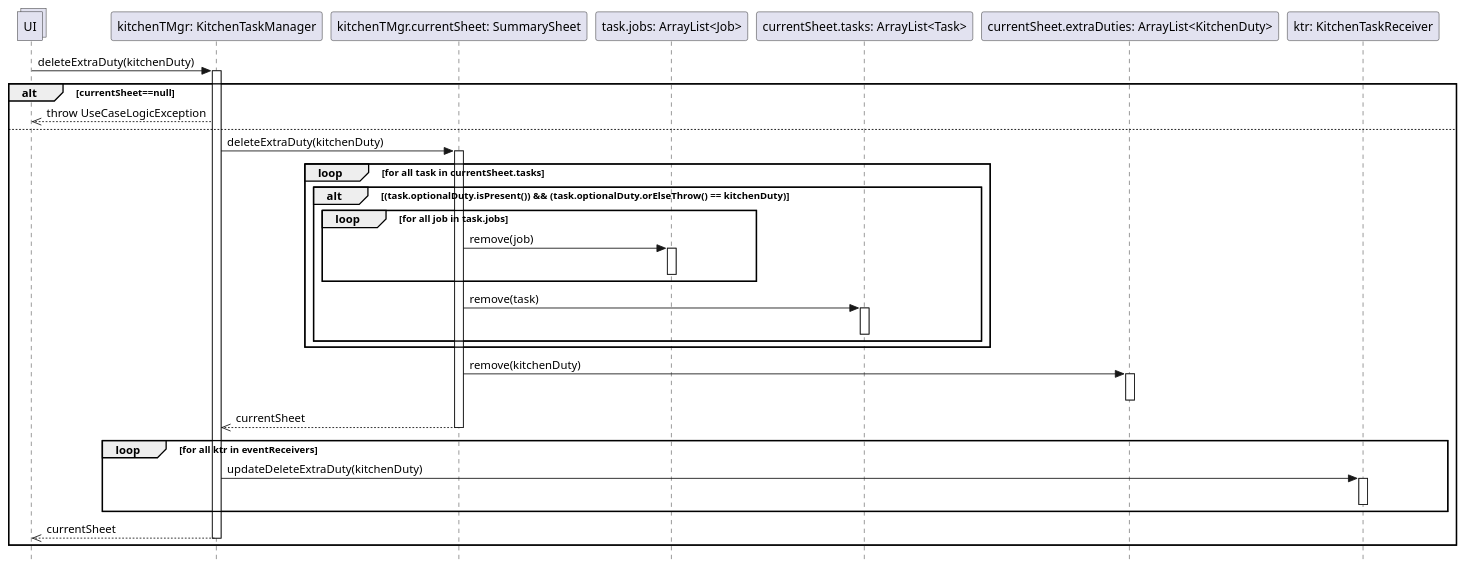
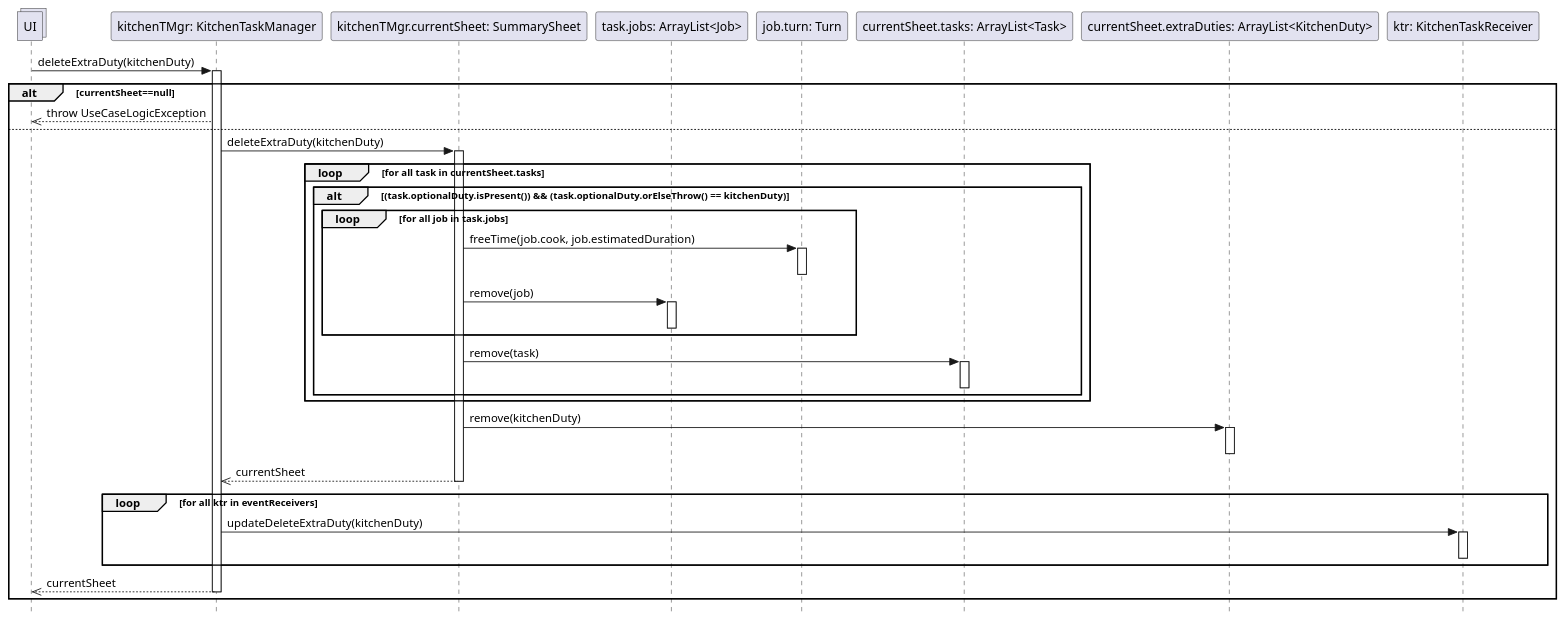
One commit to stefa168/sas-project changed the diagram in DSD Operazione 2a.1.puml. Above: the diagram before and after it, drawn with PlantUML.

Commit message:
Ora l'operazione libera il tempo della mansione fuori menù che viene rimossa

```diff
--- a/DSD Operazione 2a.1.puml
+++ b/DSD Operazione 2a.1.puml
@@ -1,56 +1,62 @@
 @startuml Operazione 2a.1
 skinparam Style strictuml
 
 collections UI
 
 participant "kitchenTMgr: KitchenTaskManager" as ktm
 UI -> ktm: deleteExtraDuty(kitchenDuty)
 activate ktm
 
 alt currentSheet==null
     UI <<-- ktm: throw UseCaseLogicException
 else
     participant "kitchenTMgr.currentSheet: SummarySheet" as ss
     ktm -> ss: deleteExtraDuty(kitchenDuty)
     activate ss
 
     loop for all task in currentSheet.tasks
         alt (task.optionalDuty.isPresent()) && (task.optionalDuty.orElseThrow() == kitchenDuty)
             loop for all job in task.jobs
                 participant "task.jobs: ArrayList<Job>" as j
+                participant "job.turn: Turn" as jobTurn
+
+                ss -> jobTurn: freeTime(job.cook, job.estimatedDuration)
+                activate jobTurn
+                deactivate jobTurn
+
                 ss -> j: remove(job)
                 activate j
                 deactivate j
             end
 
             participant "currentSheet.tasks: ArrayList<Task>" as tasks
             ss -> tasks: remove(task)
             activate tasks
             deactivate tasks
         end
     end
     
     participant "currentSheet.extraDuties: ArrayList<KitchenDuty>" as kdList
     ss -> kdList: remove(kitchenDuty)
     activate kdList
     deactivate kdList
     
     ktm <<-- ss: currentSheet
     deactivate ss
 
     participant "ktr: KitchenTaskReceiver" as ktr
 
 
     loop for all ktr in eventReceivers
         ktm -> ktr : updateDeleteExtraDuty(kitchenDuty)
         activate ktr
         deactivate ktr
     end
 
     UI <<-- ktm : currentSheet
     deactivate ktm
 
     
 end
 
 @enduml
```
